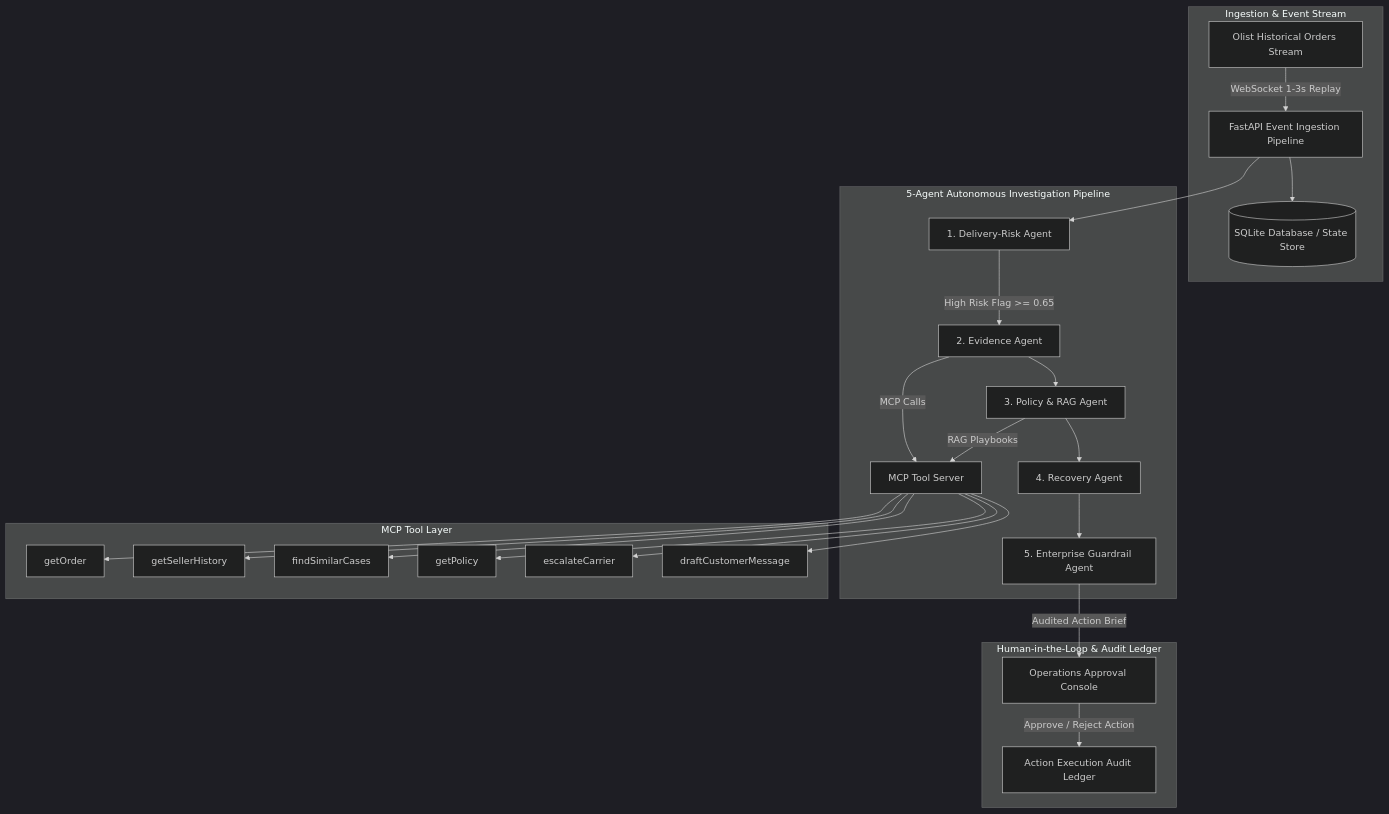
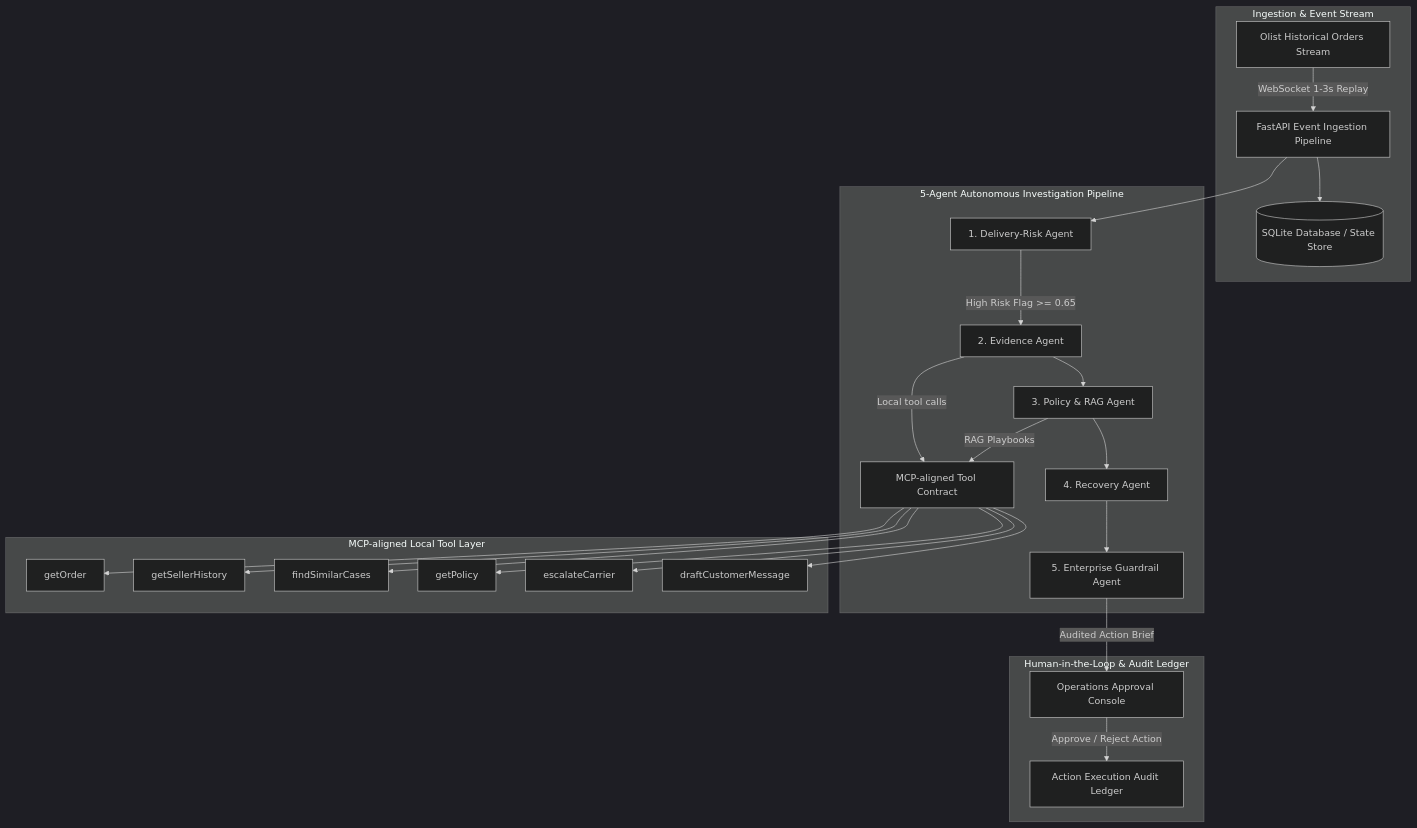
Before and after one commit to divyang4481/GenAI-nstein-ALP: the diagram in README.md, drawn with Mermaid (dark theme). The commit also changed other lines of this file and 13 other files, not shown here.

````diff
--- a/README.md
+++ b/README.md
@@ -22,31 +22,31 @@
 ```mermaid
 flowchart TD
     subgraph Ingestion & Event Stream
         A[Olist Historical Orders Stream] -->|WebSocket 1-3s Replay| B[FastAPI Event Ingestion Pipeline]
         B --> C[(SQLite Database / State Store)]
     end
 
     subgraph 5-Agent Autonomous Investigation Pipeline
         B --> D[1. Delivery-Risk Agent]
         D -->|High Risk Flag >= 0.65| E[2. Evidence Agent]
-        E -->|MCP Calls| F[MCP Tool Server]
+        E -->|Local tool calls| F[MCP-aligned Tool Contract]
         E --> G[3. Policy & RAG Agent]
         G -->|RAG Playbooks| F
         G --> H[4. Recovery Agent]
         H --> I[5. Enterprise Guardrail Agent]
     end
 
-    subgraph MCP Tool Layer
+    subgraph MCP-aligned Local Tool Layer
         F --> T1[getOrder]
         F --> T2[getSellerHistory]
         F --> T3[findSimilarCases]
         F --> T4[getPolicy]
         F --> T5[escalateCarrier]
         F --> T6[draftCustomerMessage]
     end
 
     subgraph Human-in-the-Loop & Audit Ledger
         I -->|Audited Action Brief| J[Operations Approval Console]
         J -->|Approve / Reject Action| K[Action Execution Audit Ledger]
     end
 ```
````
